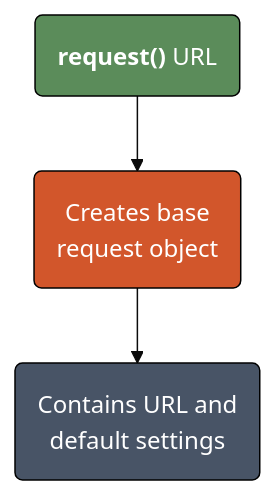
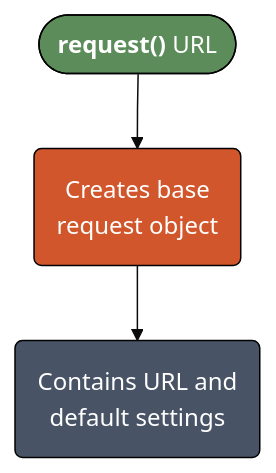
Before and after one commit to mjfrigaard/do4ds-labs: the first of 6 diagrams in r-app-api.qmd, drawn with Mermaid. The commit also changed other lines of this file and 19 other files, not shown here.

````diff
--- a/r-app-api.qmd
+++ b/r-app-api.qmd
@@ -266,17 +268,17 @@
 ```{mermaid}
 %%| fig-cap: 'The request() Object'
 %%| fig-width: 6.5
 %%| fig-align: 'center'
 %%{init: {'theme': 'base', 'themeVariables': {'fontFamily': 'monospace'}}}%%
 
 graph TD
 
-	A("<strong>request()</strong> URL") --> B("Creates base<br>request object")
+	A(["<strong>request()</strong> URL"]) --> B("Creates base<br>request object")
 
 	B --> C("Contains URL and<br>default settings")
     style A fill:#5B8C5A,stroke:#000000,stroke-width:1px,color:#ffffff
     style B fill:#D2562B,stroke:#000000,stroke-width:1px,color:#ffffff
     style C fill:#485466,stroke:#000000,stroke-width:1px,color:#ffffff
 
 
 ```
````
